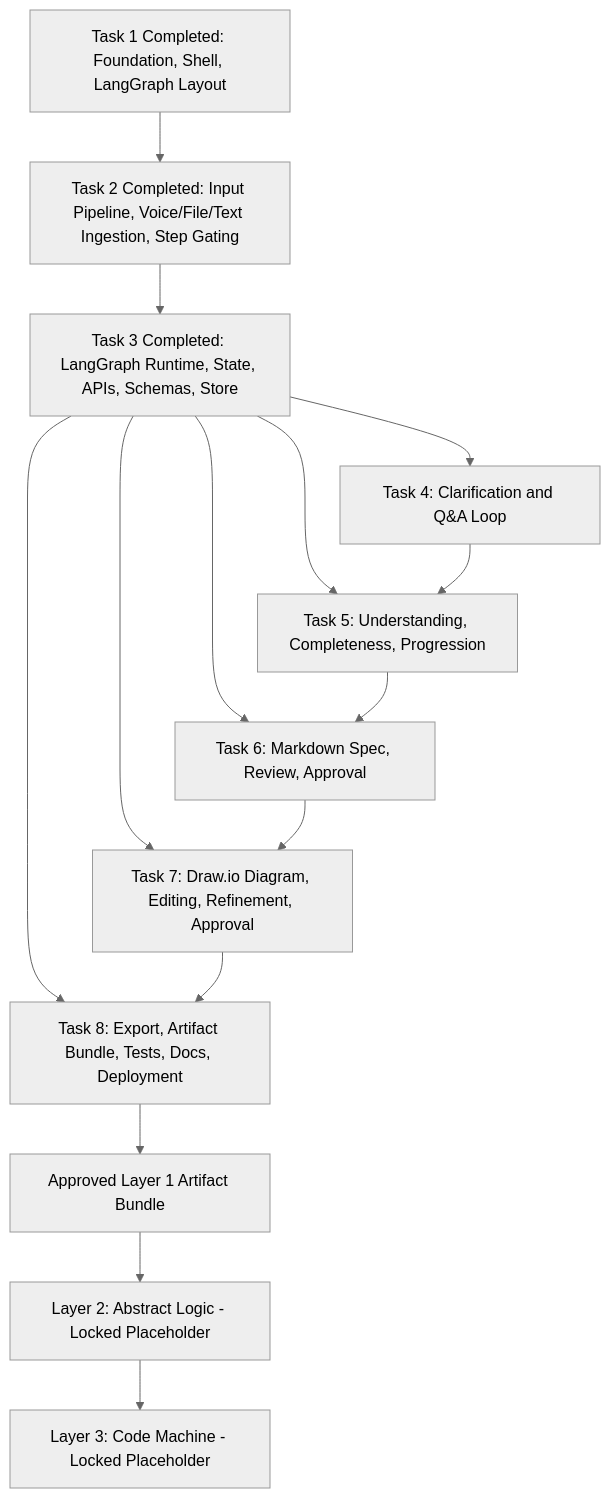
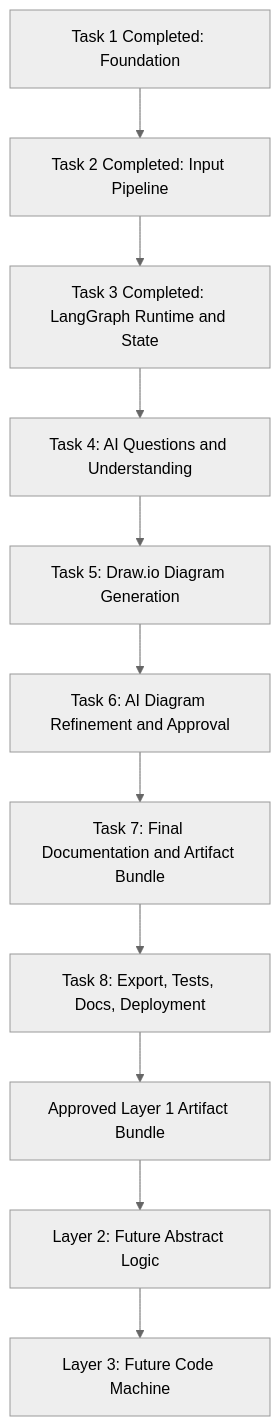
Before and after one commit to ProductMasterz/Mujarrad-Frontend: diagram 18 of 19 in Docs/system-design-detailed-plan.md, drawn with Mermaid (neutral theme). The commit also changed other lines of this file, not shown here.

Commit message:
Sync corrected system design roadmap

````diff
--- a/Docs/system-design-detailed-plan.md
+++ b/Docs/system-design-detailed-plan.md
@@ -2478,28 +2549,23 @@
 ```mermaid
 flowchart TD
-    T1[Task 1 Completed: Foundation, Shell, LangGraph Layout]
-    T2[Task 2 Completed: Input Pipeline, Voice/File/Text Ingestion, Step Gating]
-    T3[Task 3 Completed: LangGraph Runtime, State, APIs, Schemas, Store]
-    T4[Task 4: Clarification and Q&A Loop]
-    T5[Task 5: Understanding, Completeness, Progression]
-    T6[Task 6: Markdown Spec, Review, Approval]
-    T7[Task 7: Draw.io Diagram, Editing, Refinement, Approval]
-    T8[Task 8: Export, Artifact Bundle, Tests, Docs, Deployment]
+    T1[Task 1 Completed: Foundation]
+    T2[Task 2 Completed: Input Pipeline]
+    T3[Task 3 Completed: LangGraph Runtime and State]
+    T4[Task 4: AI Questions and Understanding]
+    T5[Task 5: Draw.io Diagram Generation]
+    T6[Task 6: AI Diagram Refinement and Approval]
+    T7[Task 7: Final Documentation and Artifact Bundle]
+    T8[Task 8: Export, Tests, Docs, Deployment]
 
     T1 --> T2
     T2 --> T3
     T3 --> T4
-    T3 --> T5
-    T3 --> T6
-    T3 --> T7
-    T3 --> T8
-
     T4 --> T5
     T5 --> T6
     T6 --> T7
     T7 --> T8
 
     T8 --> A[Approved Layer 1 Artifact Bundle]
-    A --> L2[Layer 2: Abstract Logic - Locked Placeholder]
-    L2 --> L3[Layer 3: Code Machine - Locked Placeholder]
+    A --> L2[Layer 2: Future Abstract Logic]
+    L2 --> L3[Layer 3: Future Code Machine]
 ```
````
